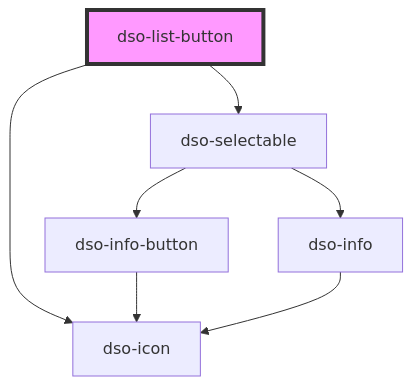
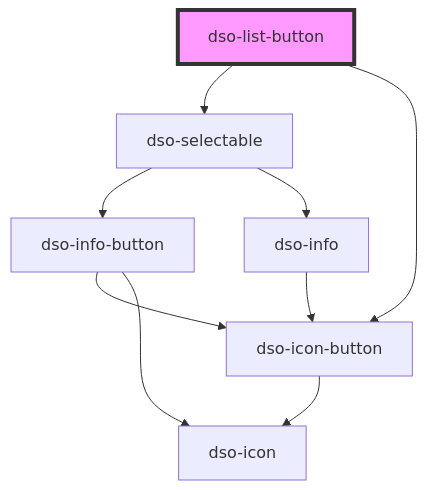
Before and after one commit to dso-toolkit/dso-toolkit: the diagram in packages/core/src/components/list-button/readme.md, drawn with Mermaid. The commit also changed other lines of this file and 97 other files, not shown here.

Commit message:
#2315 [Added] Icon Button: Nieuw component

````diff
--- a/packages/core/src/components/list-button/readme.md
+++ b/packages/core/src/components/list-button/readme.md
@@ -38,10 +38,12 @@
 ```mermaid
 graph TD;
   dso-list-button --> dso-selectable
-  dso-list-button --> dso-icon
+  dso-list-button --> dso-icon-button
   dso-selectable --> dso-info-button
   dso-selectable --> dso-info
+  dso-info-button --> dso-icon-button
   dso-info-button --> dso-icon
-  dso-info --> dso-icon
+  dso-icon-button --> dso-icon
+  dso-info --> dso-icon-button
   style dso-list-button fill:#f9f,stroke:#333,stroke-width:4px
 ```
````
